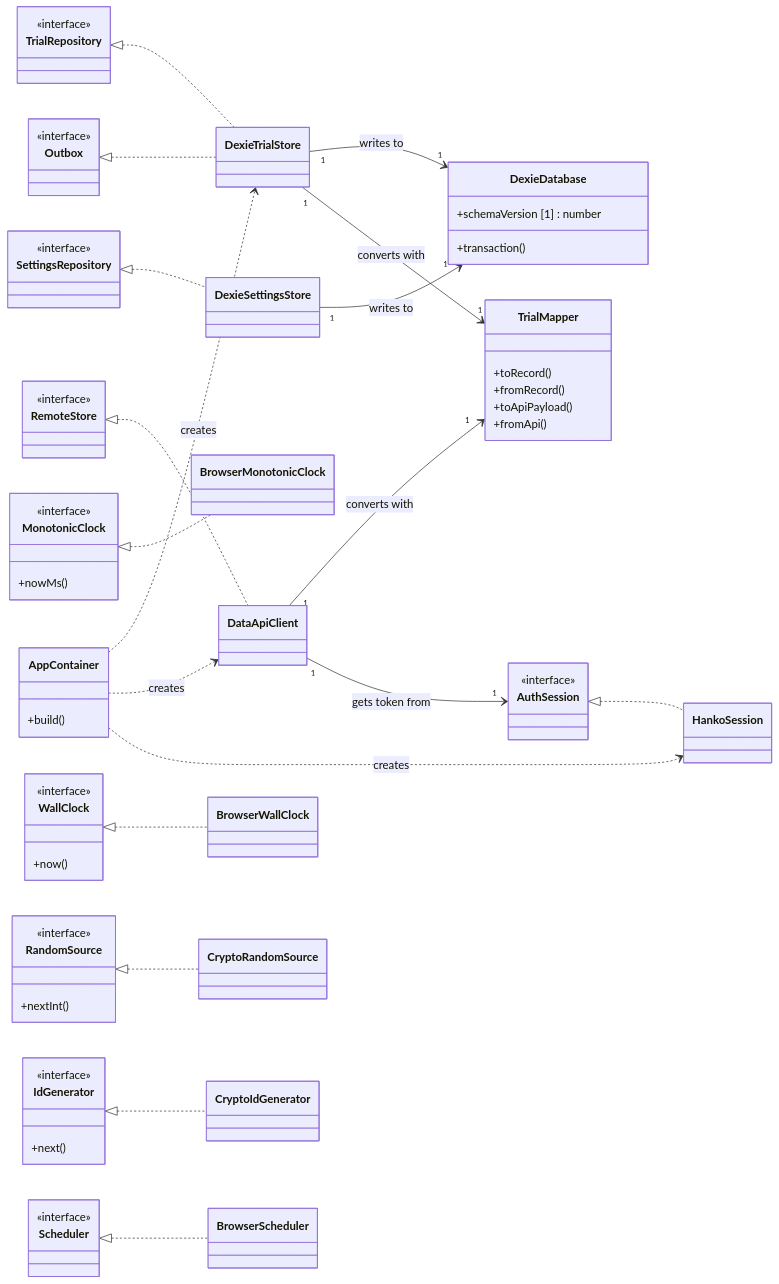
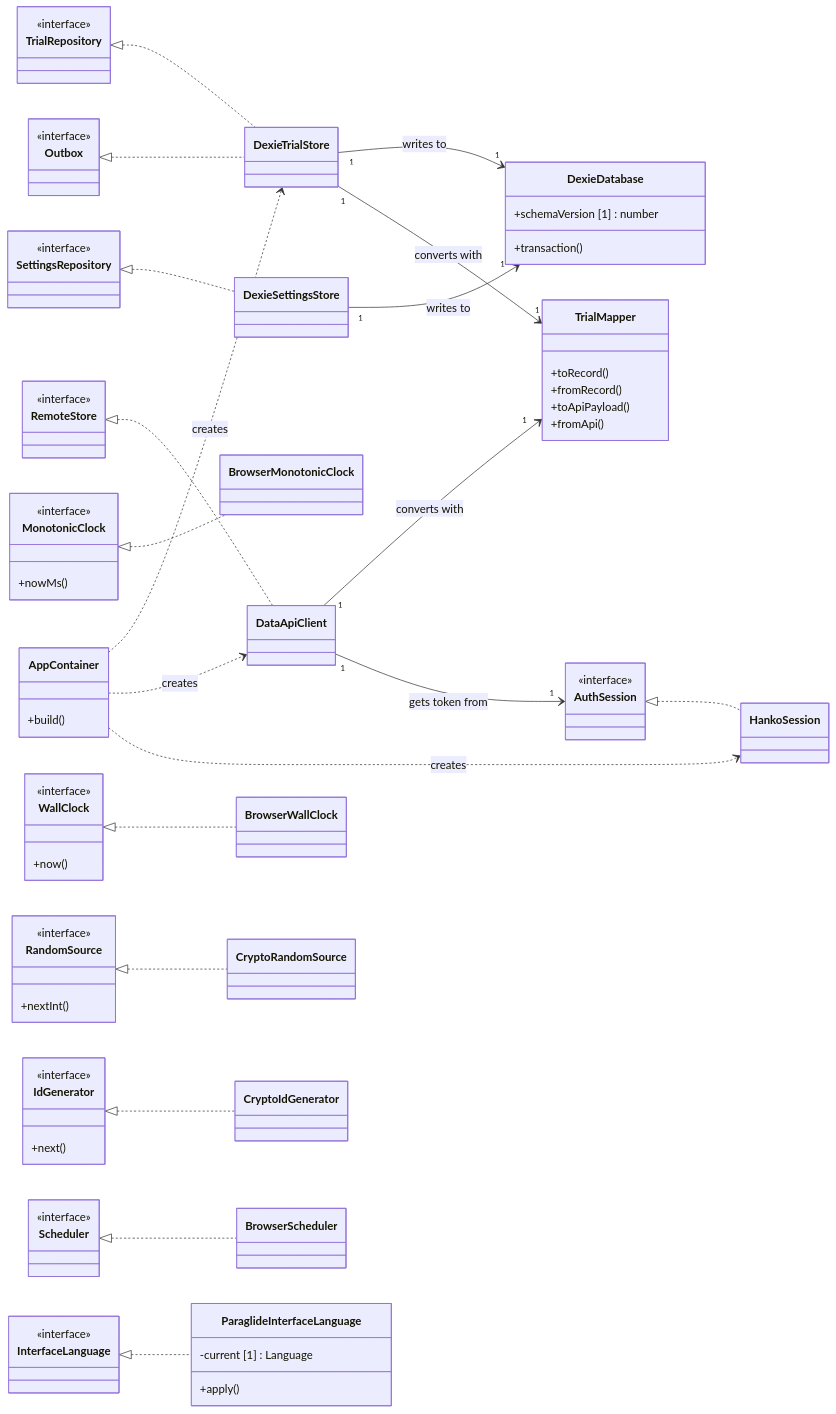
One commit to gabrielluthun/memory-trainer changed the third of 3 diagrams in docs/04-specifications/uml/classes.md. Above: the diagram before and after it, drawn with Mermaid. The commit also changed other lines of this file, not shown here.

Commit message:
docs(specs): add the interface language port to the class diagram

```diff
--- a/docs/04-specifications/uml/classes.md
+++ b/docs/04-specifications/uml/classes.md
@@ -334,6 +340,9 @@
         <<interface>>
     }
     class SettingsRepository {
+        <<interface>>
+    }
+    class InterfaceLanguage {
         <<interface>>
     }
     class RemoteStore {
@@ -380,6 +389,10 @@
     class CryptoRandomSource
     class CryptoIdGenerator
     class BrowserScheduler
+    class ParaglideInterfaceLanguage {
+        -current [1] : Language
+        +apply()
+    }
     class AppContainer {
         +build()
     }
@@ -387,6 +400,7 @@
     TrialRepository <|.. DexieTrialStore
     Outbox <|.. DexieTrialStore
     SettingsRepository <|.. DexieSettingsStore
+    InterfaceLanguage <|.. ParaglideInterfaceLanguage
     RemoteStore <|.. DataApiClient
     AuthSession <|.. HankoSession
     Scheduler <|.. BrowserScheduler
```
